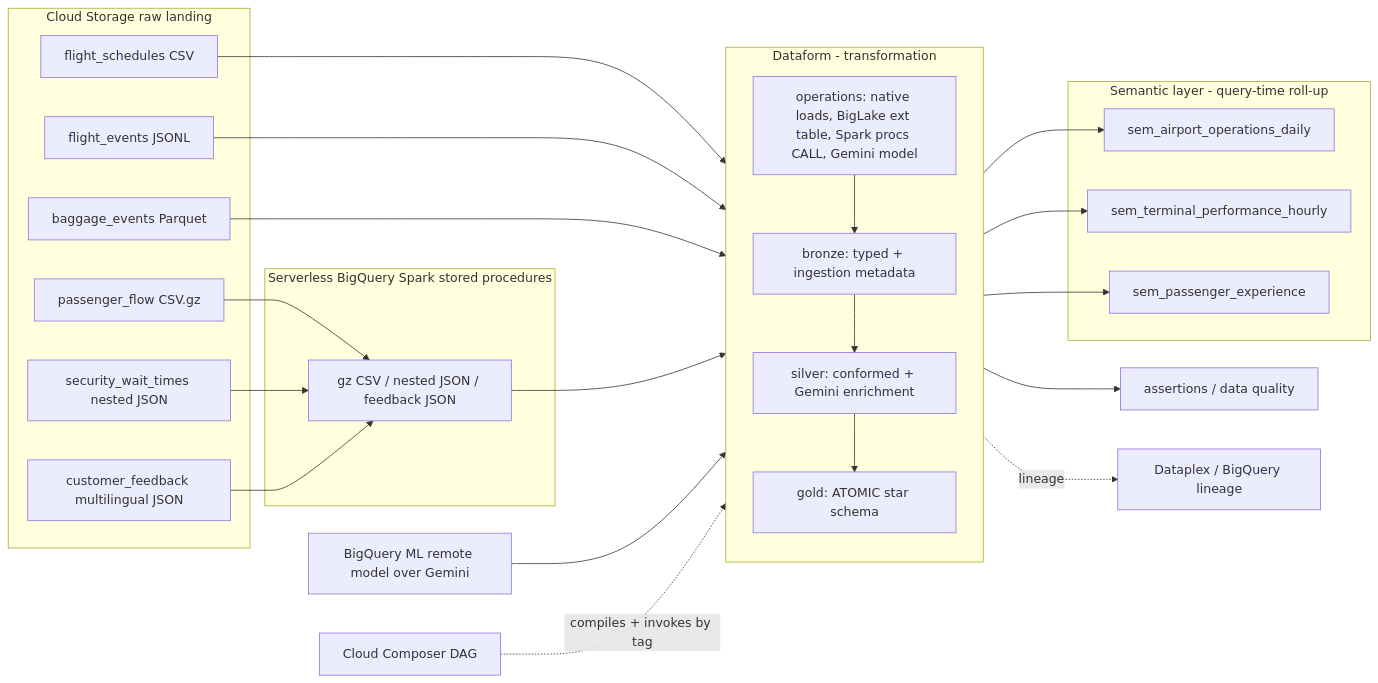
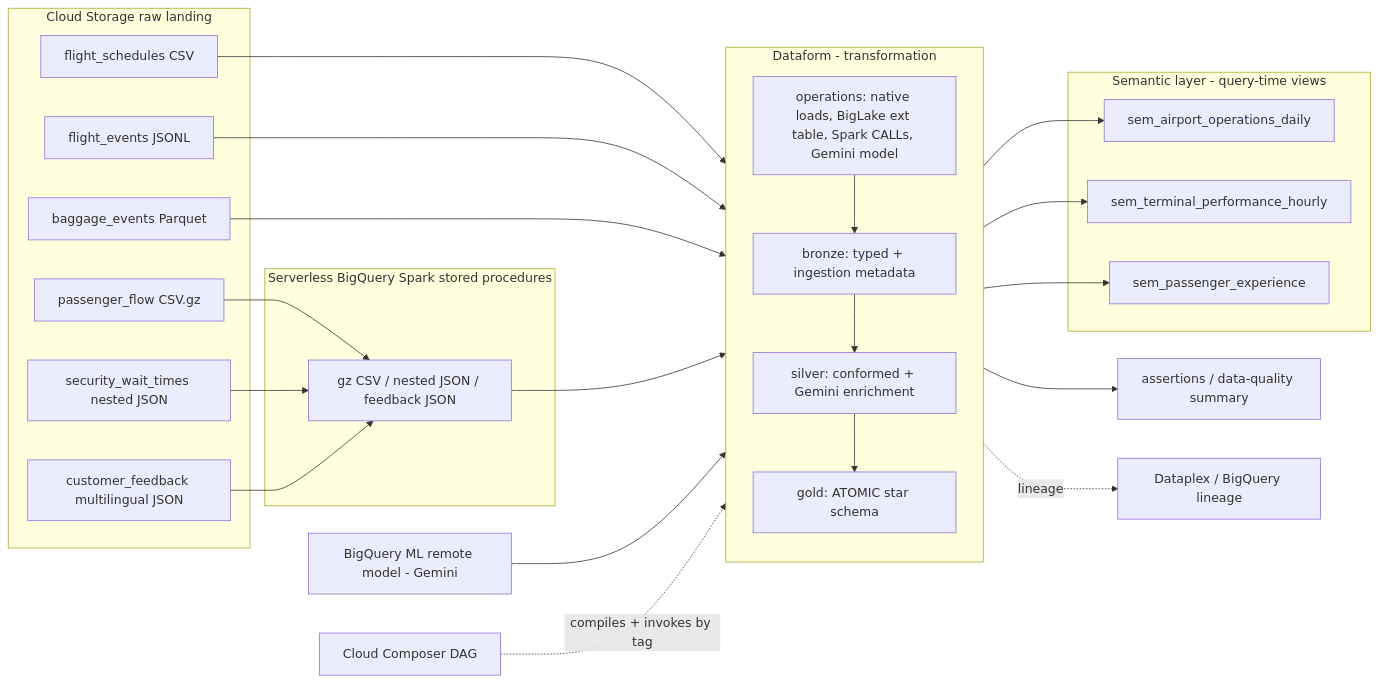
Before and after one commit to johanesalxd/airport-ops-lakehouse-demo: the diagram in docs/architecture.md, drawn with Mermaid. The commit also changed other lines of this file and 6 other files, not shown here.

Commit message:
Fix bronze stage in DAG; rewrite README as user-facing; expand architecture (infra/connections/DAG/Spark/Gemini); add design-philosophy (merge semantic-layer) + roadmap docs

````diff
--- a/docs/architecture.md
+++ b/docs/architecture.md
@@ -3,45 +24,43 @@
 ```mermaid
 flowchart LR
   subgraph GCS[Cloud Storage raw landing]
     A1[flight_schedules CSV]
     A2[flight_events JSONL]
     A3[baggage_events Parquet]
     A4[passenger_flow CSV.gz]
     A5[security_wait_times nested JSON]
     A6[customer_feedback multilingual JSON]
   end
 
-  subgraph DF[Dataform - transformation]
-    direction TB
-    OPS[operations: native loads, BigLake ext table, Spark procs CALL, Gemini model]
-    BRZ[bronze: typed + ingestion metadata]
-    SLV[silver: conformed + Gemini enrichment]
-    GOLD[gold: ATOMIC star schema]
-    OPS --> BRZ --> SLV --> GOLD
-  end
-
   subgraph SPARK[Serverless BigQuery Spark stored procedures]
     SP[gz CSV / nested JSON / feedback JSON]
   end
 
-  subgraph SEM[Semantic layer - query-time roll-up]
+  subgraph DF[Dataform - transformation]
+    direction TB
+    OPS[operations: native loads, BigLake ext table, Spark CALLs, Gemini model] --> BRZ[bronze: typed + ingestion metadata]
+    BRZ --> SLV[silver: conformed + Gemini enrichment]
+    SLV --> GOLD[gold: ATOMIC star schema]
+  end
+
+  subgraph SEM[Semantic layer - query-time views]
     V1[sem_airport_operations_daily]
     V2[sem_terminal_performance_hourly]
     V3[sem_passenger_experience]
   end
 
   A1 --> OPS
   A2 --> OPS
   A3 --> OPS
   A4 --> SP --> OPS
   A5 --> SP
   A6 --> SP
-  GEM[BigQuery ML remote model over Gemini] --> SLV
+  GEM[BigQuery ML remote model - Gemini] --> SLV
   GOLD --> V1
   GOLD --> V2
   GOLD --> V3
-  GOLD --> ASSERT[assertions / data quality]
+  GOLD --> ASSERT[assertions / data-quality summary]
 
   COMPOSER[Cloud Composer DAG] -. compiles + invokes by tag .-> DF
   DF -. lineage .-> DPLX[Dataplex / BigQuery lineage]
 ```
````
